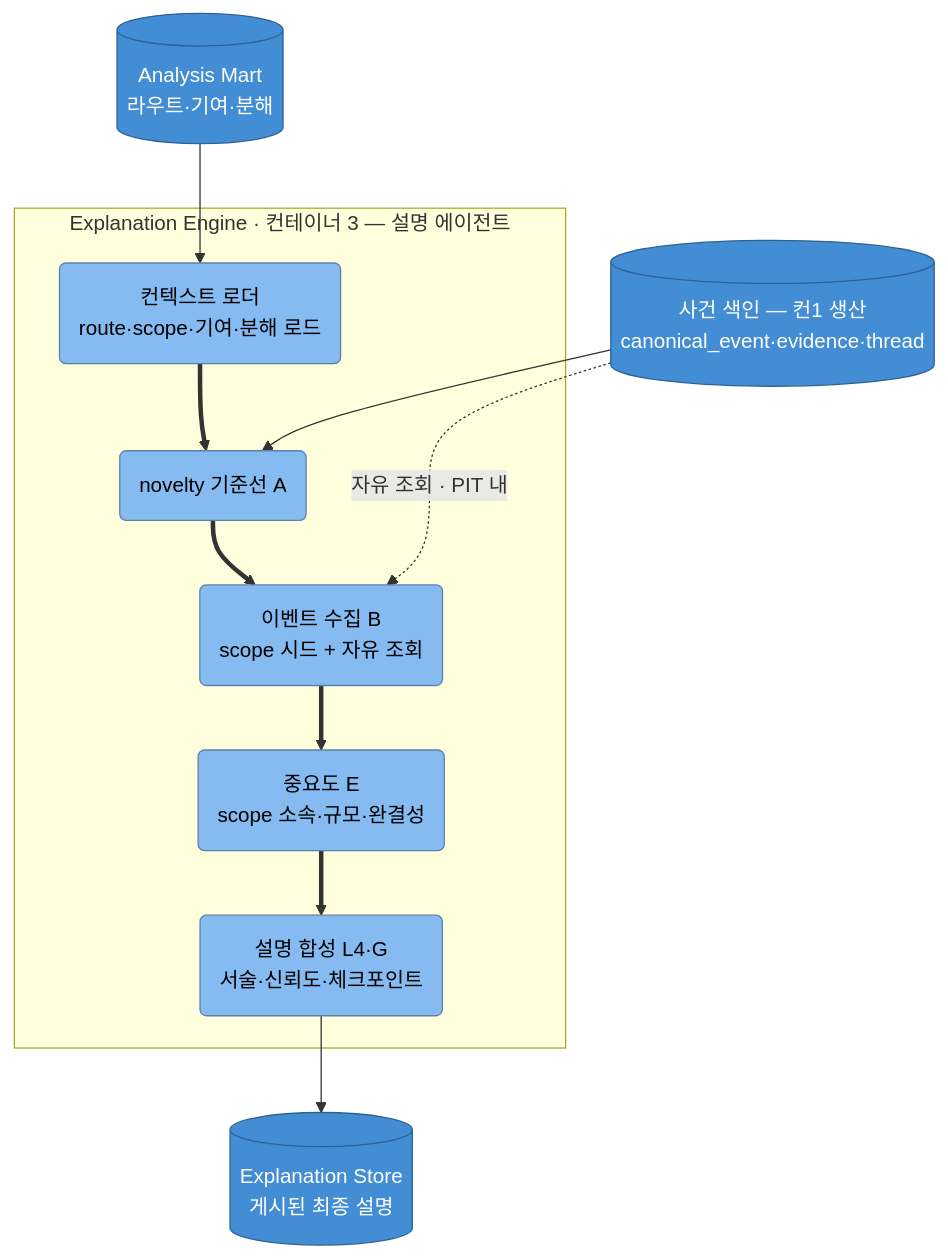
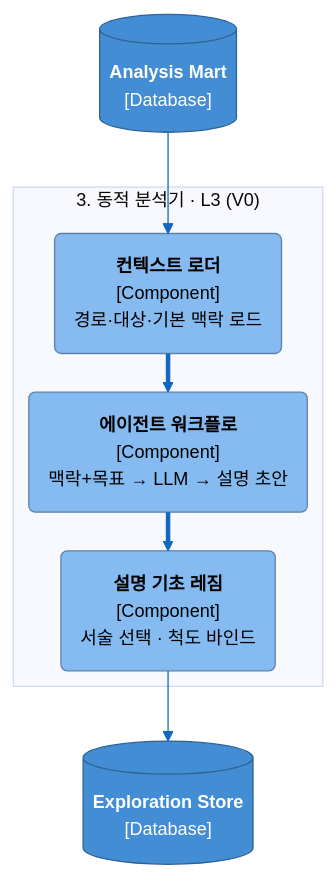
Before and after one commit to alphaeveryday/edge: the fourth of 7 diagrams in src/apps/analysis-engine/docs/baseline/analysis-engine-design.md, drawn with Mermaid. The commit also changed other lines of this file and 14 other files, not shown here.

First line of the commit message:
wip(docs): analysis-engine 문서 재구성 (경로 이관 전 스냅샷)

````diff
--- a/src/apps/analysis-engine/docs/baseline/analysis-engine-design.md
+++ b/src/apps/analysis-engine/docs/baseline/analysis-engine-design.md
@@ -249,24 +209,19 @@
 ```mermaid
+%%{init:{"flowchart":{"defaultRenderer":"elk","curve":"linear"},"theme":"base","themeVariables":{"lineColor":"#1168bd","textColor":"#333333","fontSize":"14px"},"elk":{"edgeRouting":"ORTHOGONAL","nodePlacementStrategy":"BRANDES_KOEPF","mergeEdges":false,"ranksep":90,"nodeSpacing":55}}}%%
 flowchart TB
+    accTitle: 동적 분석기 V0 컴포넌트 (C4 L3)
+    accDescr: 컨텍스트 로더가 분석 마트를 읽어 에이전트에 넘기고 에이전트가 설명 기초를 만들어 탐색 저장소에 남긴다
     classDef component fill:#85bbf0,stroke:#5d82a8,color:#000
     classDef database fill:#438dd5,stroke:#2e6295,color:#fff
 
-    MART[("Analysis Mart<br/>라우트·기여·분해")]:::database
-    IDX[("사건 색인 — 컨1 생산<br/>canonical_event·evidence·thread")]:::database
-
-    subgraph EE["Explanation Engine · 컨테이너 3 — 설명 에이전트"]
-        CTX("컨텍스트 로더<br/>route·scope·기여·분해 로드"):::component
-        A("novelty 기준선 A"):::component
-        B("이벤트 수집 B<br/>scope 시드 + 자유 조회"):::component
-        E("중요도 E<br/>scope 소속·규모·완결성"):::component
-        G("설명 합성 L4·G<br/>서술·신뢰도·체크포인트"):::component
-        CTX ==> A ==> B ==> E ==> G
+    MART[("<b>Analysis Mart</b><br/>[Database]")]:::database
+    subgraph C["3. 동적 분석기 · L3 (V0)"]
+        LOADER("<b>컨텍스트 로더</b><br/>[Component]<br/>경로·대상·기본 맥락 로드"):::component
+        AGENT("<b>에이전트 워크플로</b><br/>[Component]<br/>맥락+목표 → LLM → 설명 초안"):::component
+        REGIME("<b>설명 기초 레짐</b><br/>[Component]<br/>서술 선택 · 척도 바인드"):::component
+        LOADER ==> AGENT ==> REGIME
     end
-
-    STORE[("Explanation Store<br/>게시된 최종 설명")]:::database
-
-    MART --> CTX
-    IDX --> A
-    IDX -.->|자유 조회 · PIT 내| B
-    G --> STORE
+    STORE[("<b>Exploration Store</b><br/>[Database]")]:::database
+    MART --> LOADER
+    REGIME --> STORE
 ```
````
